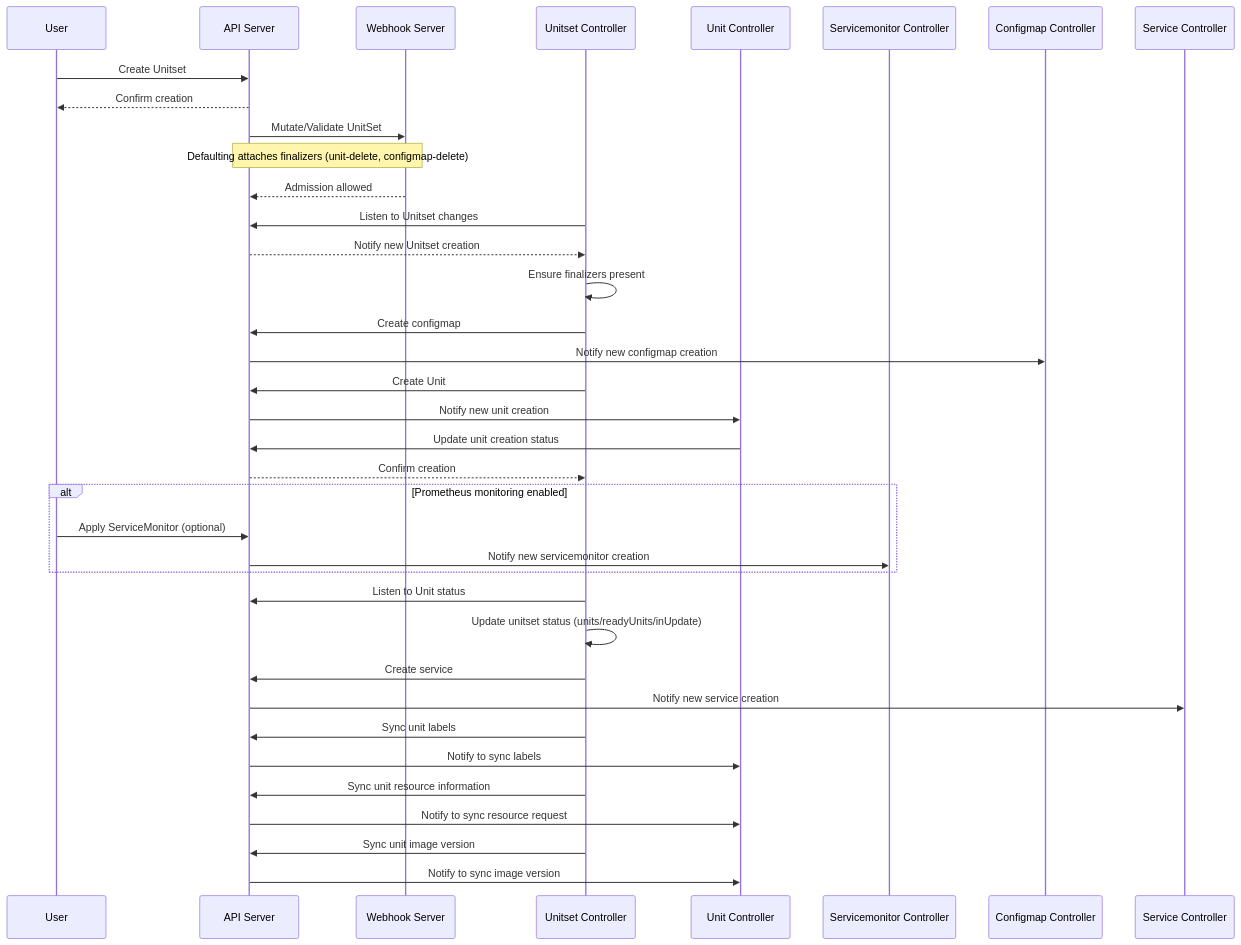
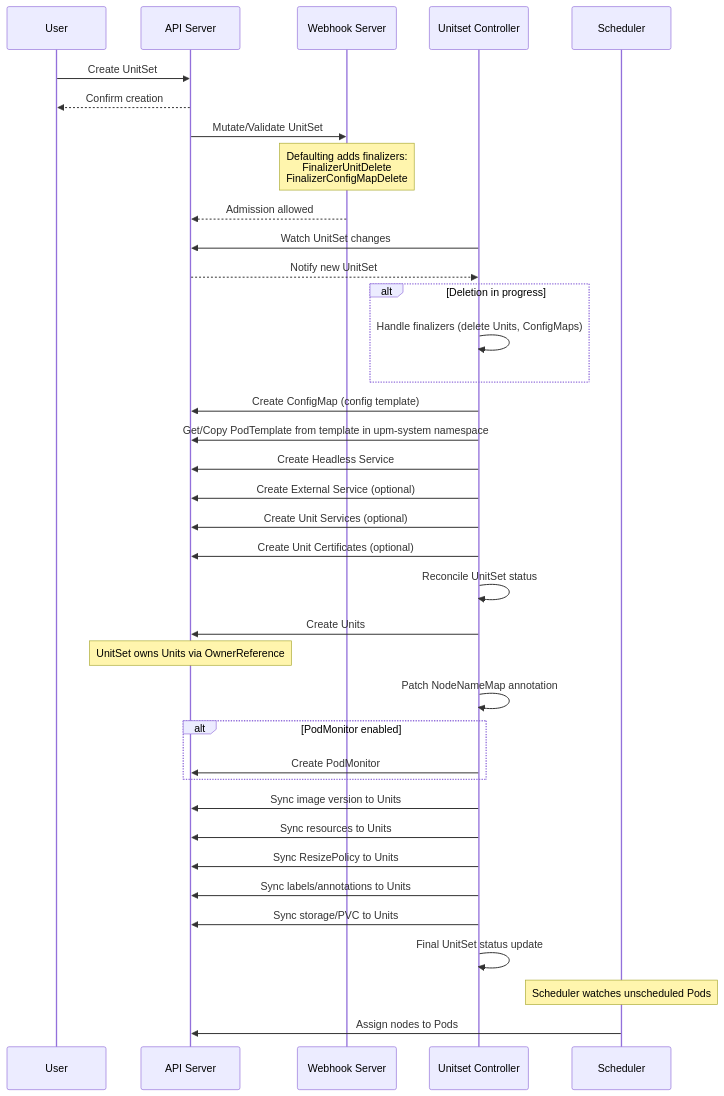
The diagram in doc/unitset.mermaid (upmio/unit-operator), drawn with Mermaid before and after one commit. The commit also changed 14 other files, not shown here.

```diff
--- a/doc/unitset.mermaid
+++ b/doc/unitset.mermaid
@@ -1,50 +1,51 @@
 sequenceDiagram
     participant User
     participant API Server
     participant Webhook Server
     participant Unitset Controller
-    participant Unit Controller
-    participant Servicemonitor Controller
-    participant Configmap Controller
-    participant Service Controller
+    participant Scheduler
 
-    User->>API Server: Create Unitset
+    User->>API Server: Create UnitSet
     API Server-->>User: Confirm creation
 
     API Server->>Webhook Server: Mutate/Validate UnitSet
-    Note over Webhook Server,API Server: Defaulting attaches finalizers (unit-delete, configmap-delete)
+    Note over Webhook Server: Defaulting adds finalizers:<br/>FinalizerUnitDelete<br/>FinalizerConfigMapDelete
     Webhook Server-->>API Server: Admission allowed
 
-    Unitset Controller->>API Server: Listen to Unitset changes
-    API Server-->>Unitset Controller: Notify new Unitset creation
+    Unitset Controller->>API Server: Watch UnitSet changes
+    API Server-->>Unitset Controller: Notify new UnitSet
 
-    Unitset Controller->>Unitset Controller: Ensure finalizers present
-
-    Unitset Controller->>API Server: Create configmap
-    API Server->>Configmap Controller: Notify new configmap creation
-
-    Unitset Controller->>API Server: Create Unit
-    API Server->>Unit Controller: Notify new unit creation
-
-    Unit Controller ->> API Server: Update unit creation status
-    API Server-->>Unitset Controller: Confirm creation
-
-    alt Prometheus monitoring enabled
-        User->>API Server: Apply ServiceMonitor (optional)
-        API Server->>Servicemonitor Controller: Notify new servicemonitor creation
+    alt Deletion in progress
+        Unitset Controller->>Unitset Controller: Handle finalizers (delete Units, ConfigMaps)
     end
 
-    Unitset Controller->>API Server: Listen to Unit status
-    Unitset Controller->>Unitset Controller: Update unitset status (units/readyUnits/inUpdate)
+    Unitset Controller->>API Server: Create ConfigMap (config template)
+    Unitset Controller->>API Server: Get/Copy PodTemplate from template in upm-system namespace
 
-    Unitset Controller->>API Server: Create service
-    API Server->>Service Controller: Notify new service creation
+    Unitset Controller->>API Server: Create Headless Service
+    Unitset Controller->>API Server: Create External Service (optional)
+    Unitset Controller->>API Server: Create Unit Services (optional)
 
-    Unitset Controller->>API Server : Sync unit labels
-    API Server->>Unit Controller:Notify to sync labels
+    Unitset Controller->>API Server: Create Unit Certificates (optional)
 
-    Unitset Controller->>API Server : Sync unit resource information
-    API Server->>Unit Controller:Notify to sync resource request
+    Unitset Controller->>Unitset Controller: Reconcile UnitSet status
 
-    Unitset Controller->>API Server : Sync unit image version
-    API Server->>Unit Controller:Notify to sync image version
+    Unitset Controller->>API Server: Create Units
+    Note over API Server: UnitSet owns Units via OwnerReference
+
+    Unitset Controller->>Unitset Controller: Patch NodeNameMap annotation
+
+    alt PodMonitor enabled
+        Unitset Controller->>API Server: Create PodMonitor
+    end
+
+    Unitset Controller->>API Server: Sync image version to Units
+    Unitset Controller->>API Server: Sync resources to Units
+    Unitset Controller->>API Server: Sync ResizePolicy to Units
+    Unitset Controller->>API Server: Sync labels/annotations to Units
+    Unitset Controller->>API Server: Sync storage/PVC to Units
+
+    Unitset Controller->>Unitset Controller: Final UnitSet status update
+
+    Note over Scheduler: Scheduler watches unscheduled Pods
+    Scheduler->>API Server: Assign nodes to Pods
```
